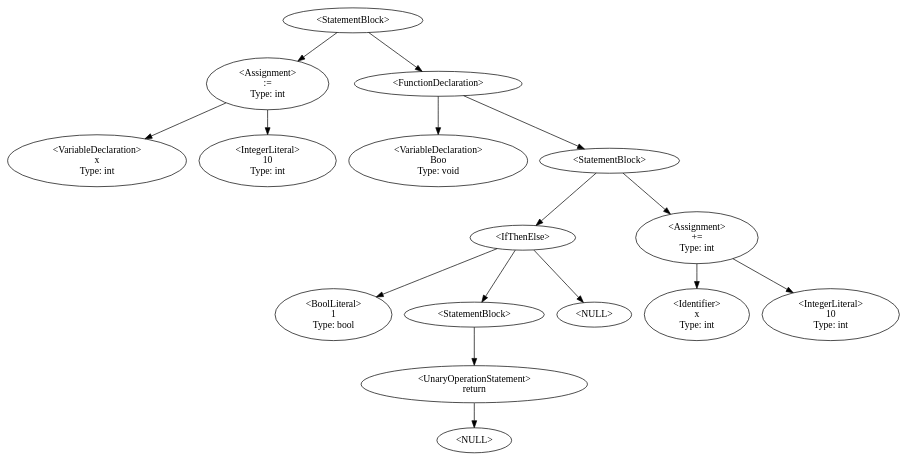
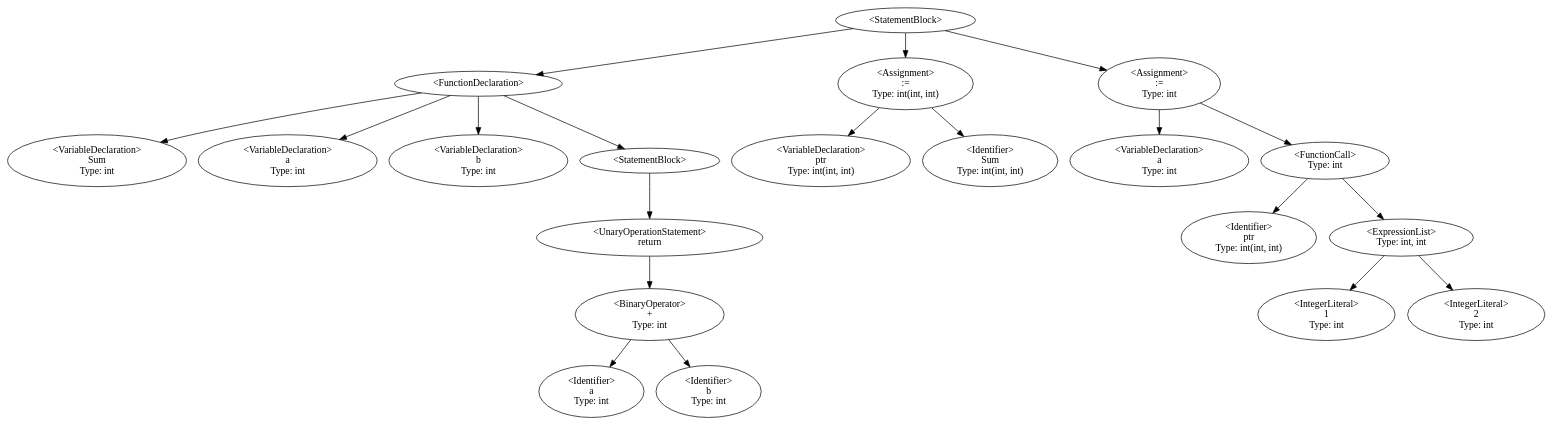
Before and after one commit to QazmoQwerty/dino: the diagram in Dino/Dino/DstDisplay.gv, drawn with Graphviz. The commit also changed 6 other files, not shown here.

```diff
--- a/Dino/Dino/DstDisplay.gv
+++ b/Dino/Dino/DstDisplay.gv
@@ -1,24 +1,36 @@
 digraph G {
-7 [label="<StatementBlock>"];7->12;7->15;
-12 [label="<Assignment>\n:=
-Type: int"];12->10;12->8;
-10 [label="<VariableDeclaration>\nx
+7 [label="<StatementBlock>"];7->10;7->33;7->44;
+10 [label="<FunctionDeclaration>"];10->8;10->11;10->13;10->15;
+8 [label="<VariableDeclaration>\nSum
 Type: int"];
-8 [label="<IntegerLiteral>\n10
+11 [label="<VariableDeclaration>\na
 Type: int"];
-15 [label="<FunctionDeclaration>"];15->13;15->16;
-13 [label="<VariableDeclaration>\nBoo
-Type: void"];
-16 [label="<StatementBlock>"];16->17;16->25;
-17 [label="<IfThenElse>"];17->18;17->20;17->-1;-1 [label="<NULL>"];
-18 [label="<BoolLiteral>\n1
-Type: bool"];
-20 [label="<StatementBlock>"];20->21;
-21 [label="<UnaryOperationStatement>\nreturn"];21->-2;-2 [label="<NULL>"];
-25 [label="<Assignment>\n+=
-Type: int"];25->24;25->22;
-24 [label="<Identifier>\nx
+13 [label="<VariableDeclaration>\nb
 Type: int"];
-22 [label="<IntegerLiteral>\n10
+15 [label="<StatementBlock>"];15->19;
+19 [label="<UnaryOperationStatement>\nreturn"];19->18;
+18 [label="<BinaryOperator>\n+
+Type: int"];18->17;18->16;
+17 [label="<Identifier>\na
+Type: int"];
+16 [label="<Identifier>\nb
+Type: int"];
+33 [label="<Assignment>\n:=
+Type: int(int, int)"];33->24;33->23;
+24 [label="<VariableDeclaration>\nptr
+Type: int(int, int)"];
+23 [label="<Identifier>\nSum
+Type: int(int, int)"];
+44 [label="<Assignment>\n:=
+Type: int"];44->42;44->41;
+42 [label="<VariableDeclaration>\na
+Type: int"];
+41 [label="<FunctionCall>\nType: int"];41->34;41->35;
+34 [label="<Identifier>\nptr
+Type: int(int, int)"];
+35 [label="<ExpressionList>\nType: int, int"];35->37;35->39;
+37 [label="<IntegerLiteral>\n1
+Type: int"];
+39 [label="<IntegerLiteral>\n2
 Type: int"];
 }
```
